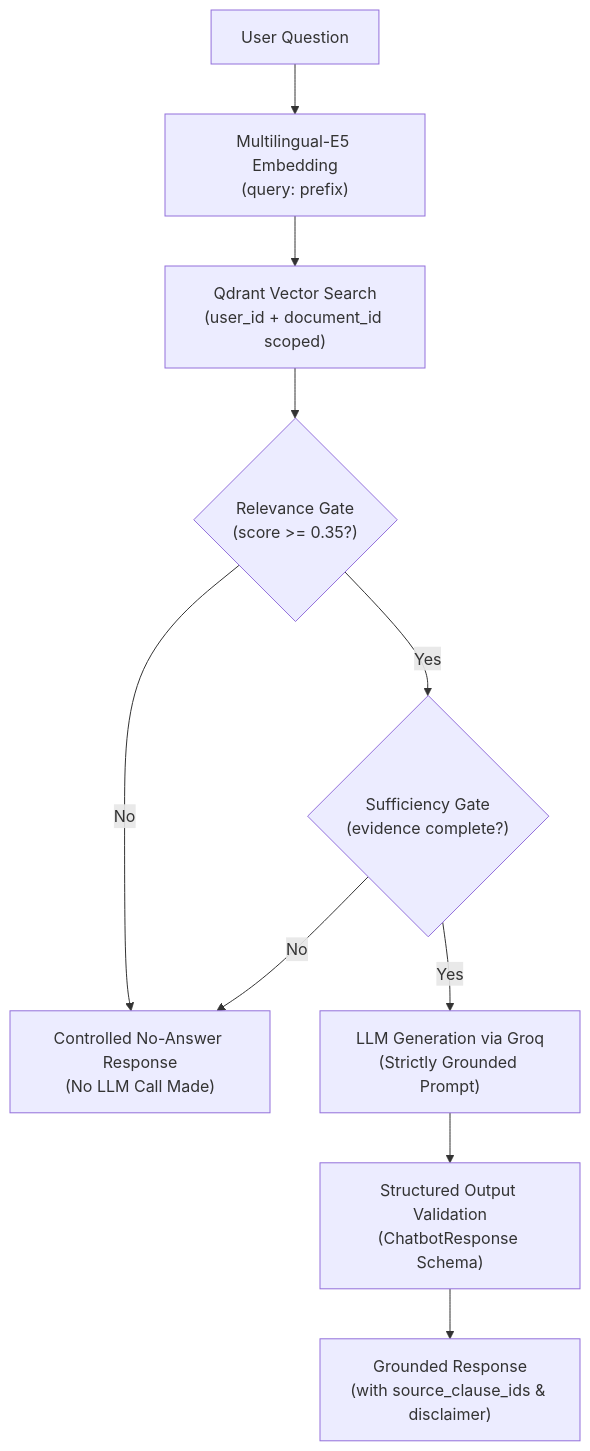
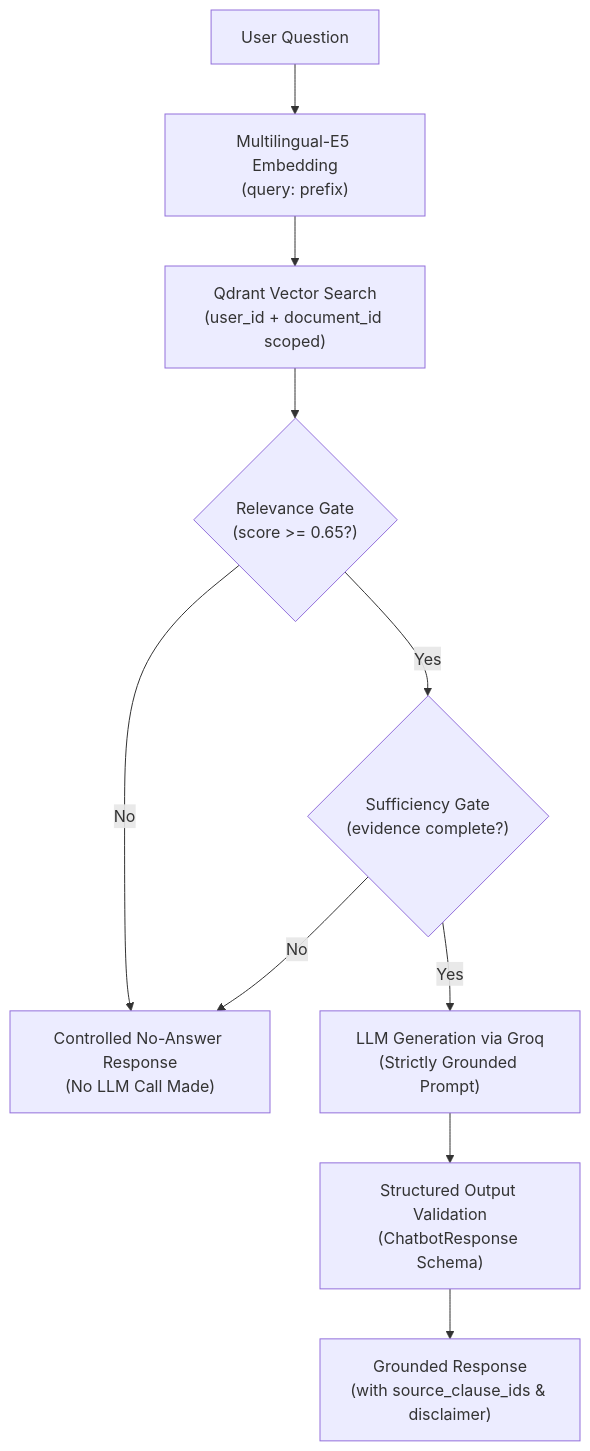
The third of 4 diagrams in backend/fastapi-ai/README.md (krunalsakpal679-hue/ClarifAI), drawn with Mermaid before and after one commit. The commit also changed other lines of this file and 106 other files, not shown here.

````diff
--- a/backend/fastapi-ai/README.md
+++ b/backend/fastapi-ai/README.md
@@ -57,12 +57,12 @@
 ```mermaid
 flowchart TD
     UserQuestion["User Question"] --> EmbedQuery["Multilingual-E5 Embedding<br/>(query: prefix)"]
     EmbedQuery --> QdrantSearch["Qdrant Vector Search<br/>(user_id + document_id scoped)"]
-    QdrantSearch --> RelevanceGate{"Relevance Gate<br/>(score >= 0.35?)"}
+    QdrantSearch --> RelevanceGate{"Relevance Gate<br/>(score >= 0.65?)"}
     RelevanceGate -- No --> ControlledNoAnswer["Controlled No-Answer Response<br/>(No LLM Call Made)"]
     RelevanceGate -- Yes --> SufficiencyGate{"Sufficiency Gate<br/>(evidence complete?)"}
     SufficiencyGate -- No --> ControlledNoAnswer
     SufficiencyGate -- Yes --> GroqLLM["LLM Generation via Groq<br/>(Strictly Grounded Prompt)"]
     GroqLLM --> OutputValidation["Structured Output Validation<br/>(ChatbotResponse Schema)"]
     OutputValidation --> GroundedAnswer["Grounded Response<br/>(with source_clause_ids & disclaimer)"]
 ```
````
